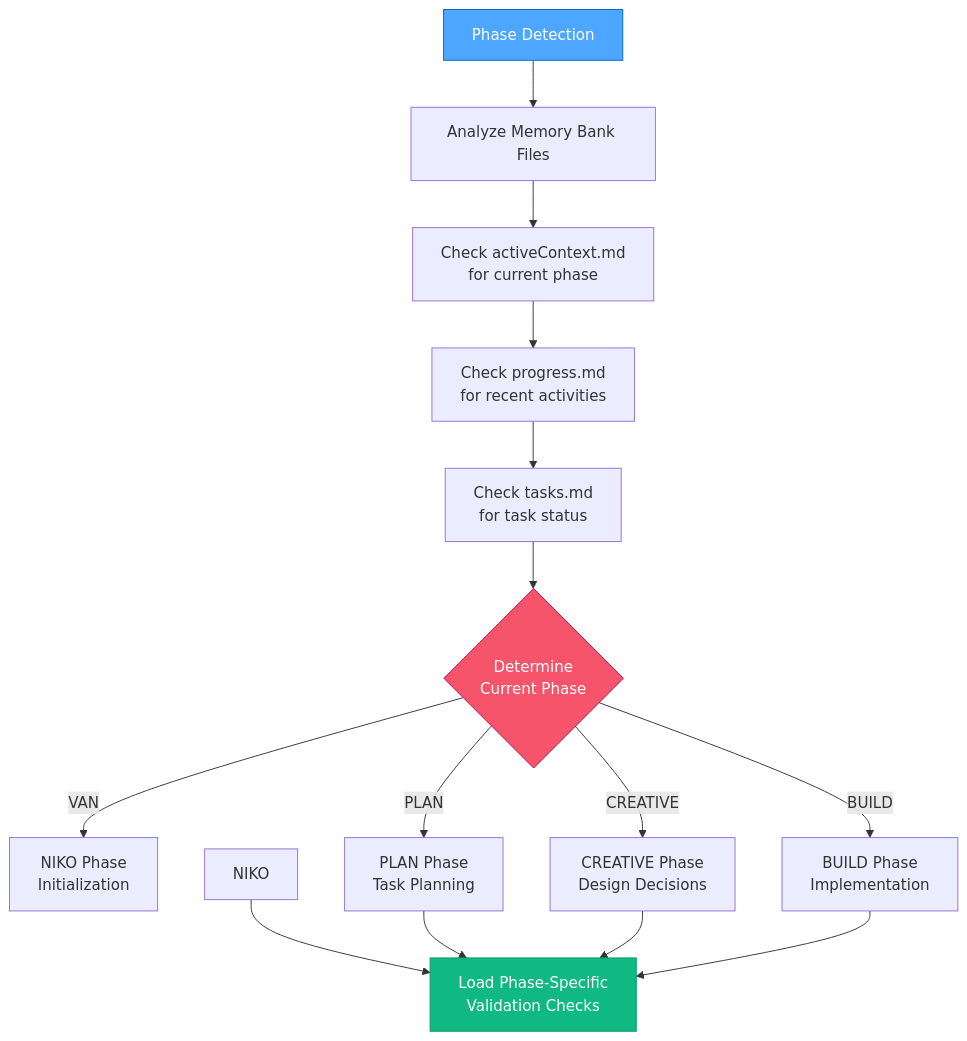
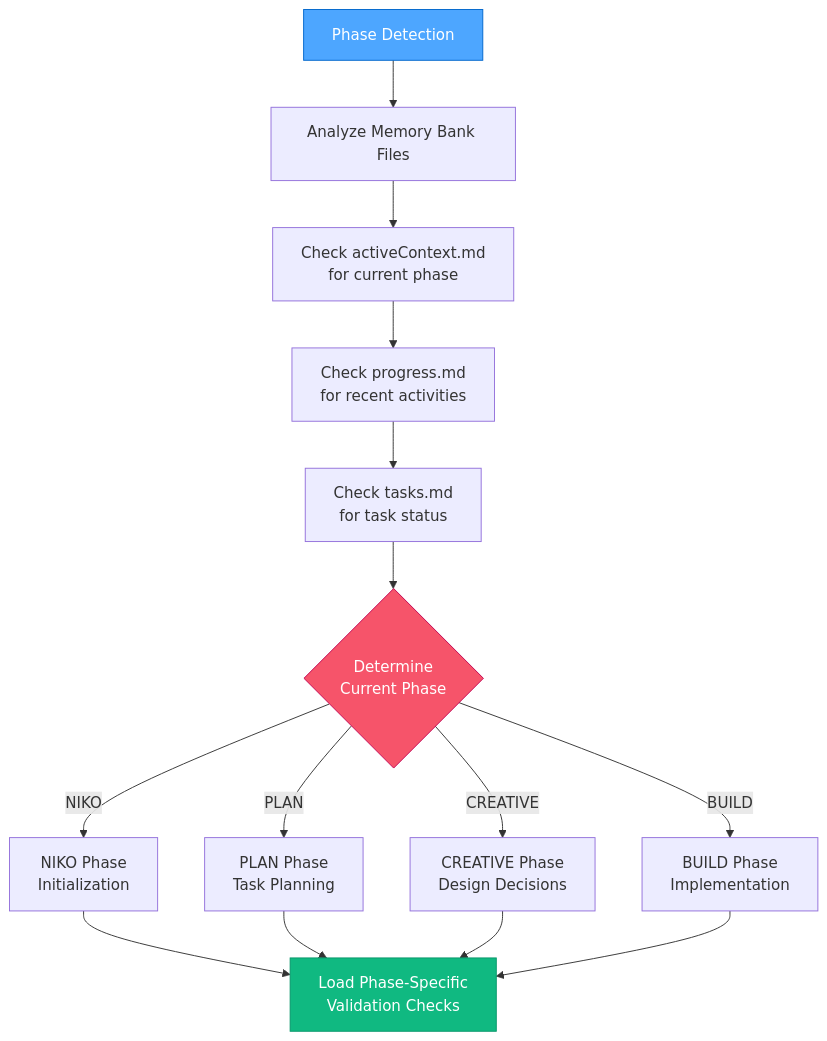
Before and after one commit to Texarkanine/.cursor-rules: the second of 10 diagrams in rulesets/niko/niko/visual-maps/qa-mode-map.mdc, drawn with Mermaid. The commit also changed 2 other files, not shown here.

Commit message:
fix: PR Feedback - more issues

````diff
--- a/rulesets/niko/niko/visual-maps/qa-mode-map.mdc
+++ b/rulesets/niko/niko/visual-maps/qa-mode-map.mdc
@@ -65,19 +65,19 @@
 ```mermaid
 graph TD
     PD["Phase Detection"] --> CheckMB["Analyze Memory Bank Files"]
     CheckMB --> CheckActive["Check activeContext.md<br>for current phase"]
     CheckActive --> CheckProgress["Check progress.md<br>for recent activities"]
     CheckProgress --> CheckTasks["Check tasks.md<br>for task status"]
     
     CheckTasks --> PhaseResult{"Determine<br>Current Phase"}
-    PhaseResult -->|"VAN"| VAN["NIKO Phase<br>Initialization"]
+    PhaseResult -->|"NIKO"| VAN["NIKO Phase<br>Initialization"]
     PhaseResult -->|"PLAN"| PLAN["PLAN Phase<br>Task Planning"]
     PhaseResult -->|"CREATIVE"| CREATIVE["CREATIVE Phase<br>Design Decisions"]
     PhaseResult -->|"BUILD"| BUILD["BUILD Phase<br>Implementation"]
     
-    NIKO & PLAN & CREATIVE & BUILD --> LoadChecks["Load Phase-Specific<br>Validation Checks"]
+    VAN & PLAN & CREATIVE & BUILD --> LoadChecks["Load Phase-Specific<br>Validation Checks"]
     
     style PD fill:#4da6ff,stroke:#0066cc,color:white
     style PhaseResult fill:#f6546a,stroke:#c30052,color:white
     style LoadChecks fill:#10b981,stroke:#059669,color:white
 ```
````
